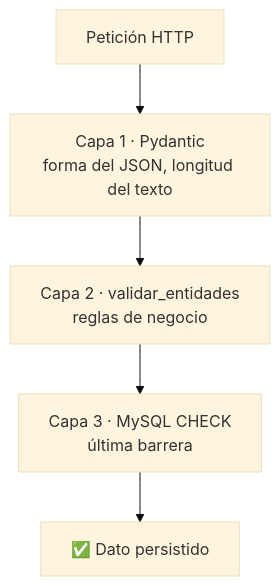
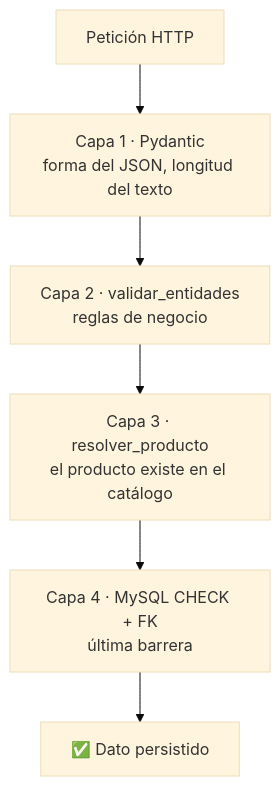
Before and after one commit to lDalexander/SivIA: the fourth of 4 diagrams in FUNCIONAMIENTO.md, drawn with Mermaid (base theme). The commit also changed other lines of this file and 13 other files, not shown here.

````diff
--- a/FUNCIONAMIENTO.md
+++ b/FUNCIONAMIENTO.md
@@ -195,7 +455,8 @@
 ```mermaid
 graph TD
     A["Petición HTTP"] --> B["Capa 1 · Pydantic<br/>forma del JSON, longitud del texto"]
     B --> C["Capa 2 · validar_entidades<br/>reglas de negocio"]
-    C --> D["Capa 3 · MySQL CHECK<br/>última barrera"]
-    D --> E["✅ Dato persistido"]
+    C --> D["Capa 3 · resolver_producto<br/>el producto existe en el catálogo"]
+    D --> E["Capa 4 · MySQL CHECK + FK<br/>última barrera"]
+    E --> F["✅ Dato persistido"]
 ```
````
